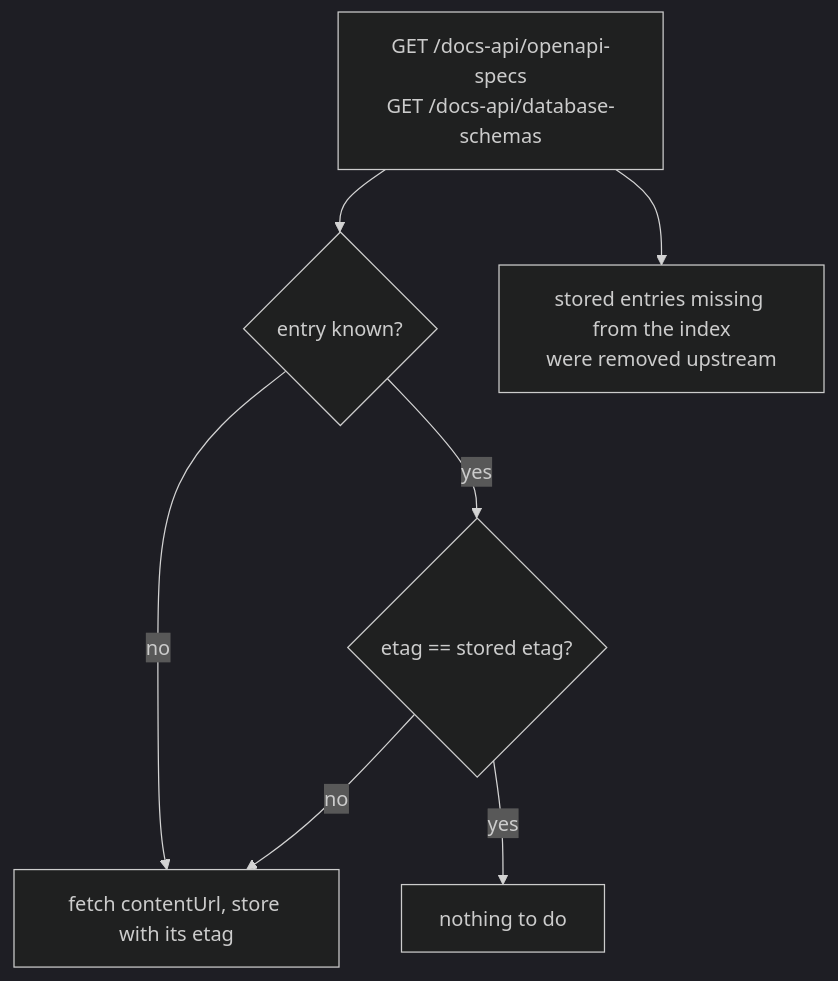
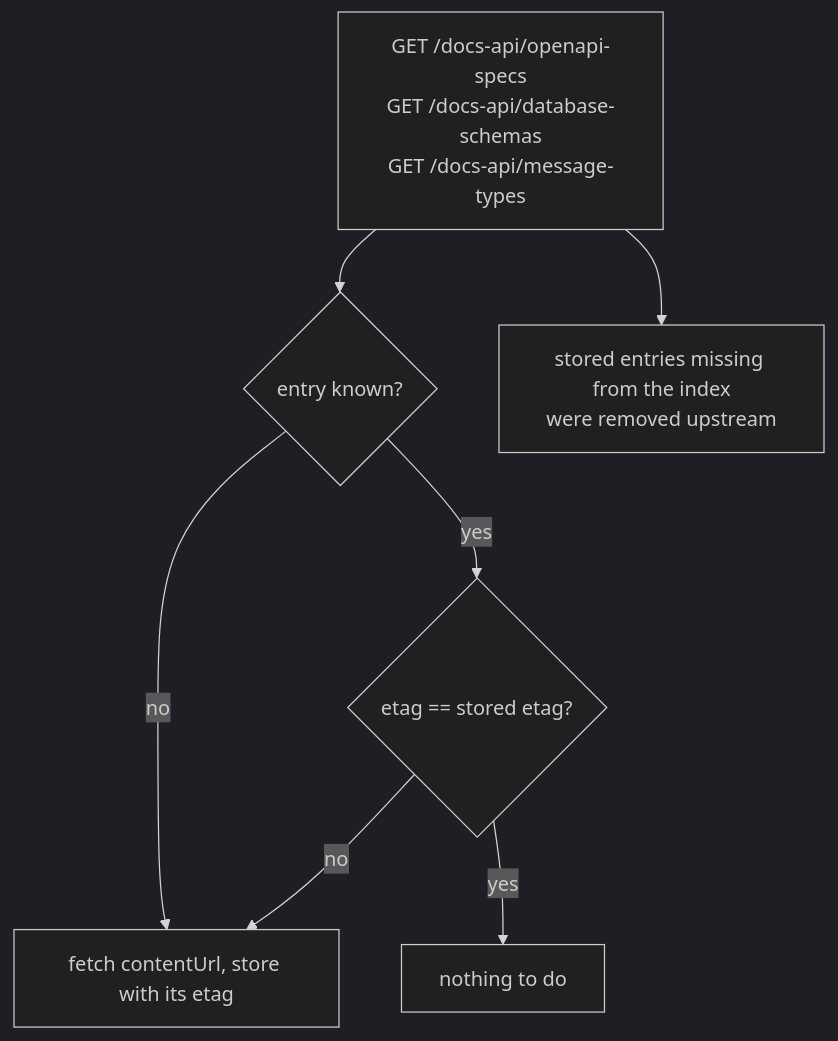
Before and after one commit to jeap-admin-ch/jeap-archrepo-service: the diagram in docs/docs-api.md, drawn with Mermaid (dark theme). The commit also changed other lines of this file and 33 other files, not shown here.

````diff
--- a/docs/docs-api.md
+++ b/docs/docs-api.md
@@ -87,9 +88,9 @@
 ```mermaid
 flowchart TB
-    A["GET /docs-api/openapi-specs<br/>GET /docs-api/database-schemas"] --> B{"entry known?"}
+    A["GET /docs-api/openapi-specs<br/>GET /docs-api/database-schemas<br/>GET /docs-api/message-types"] --> B{"entry known?"}
     B -- no --> F["fetch contentUrl, store with its etag"]
     B -- yes --> C{"etag == stored etag?"}
     C -- yes --> S["nothing to do"]
     C -- no --> F
     A --> D["stored entries missing from the index<br/>were removed upstream"]
 ```
````
